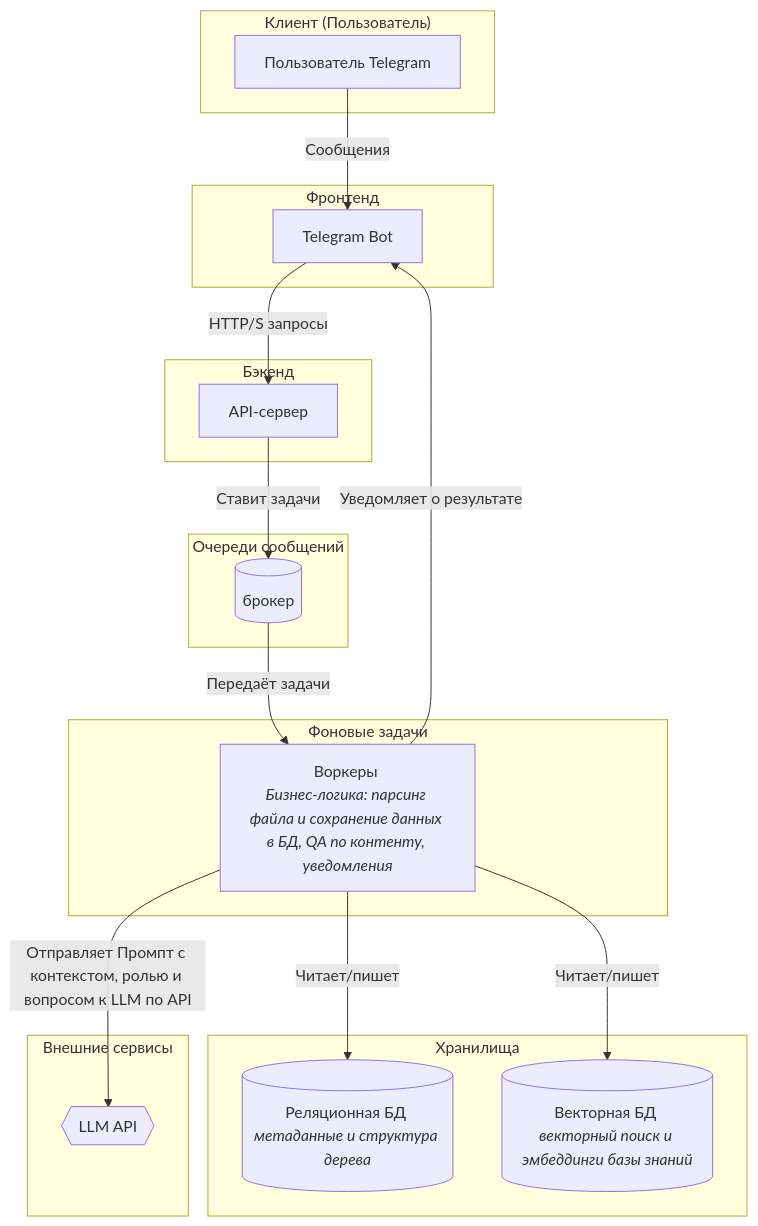
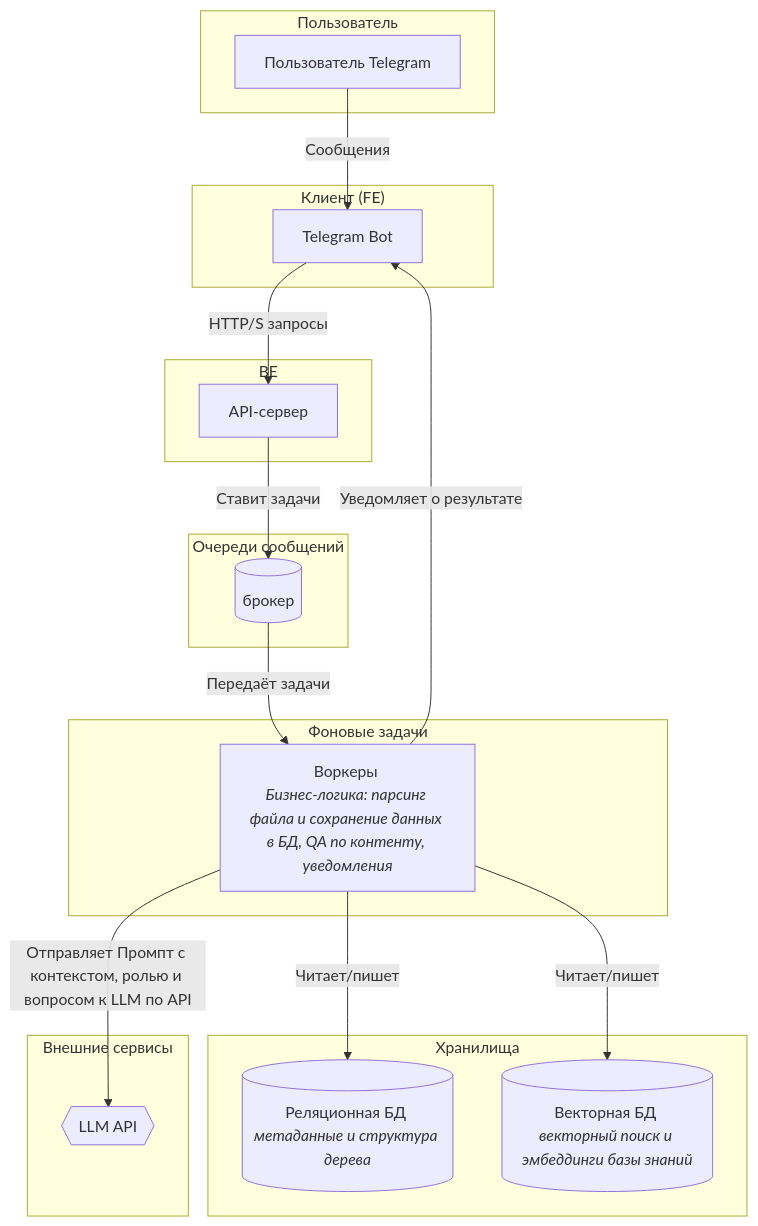
One commit to patolog123/Analyst-3.0 changed the diagram in Анастасия_Друзьянова/architect.MD. Above: the diagram before and after it, drawn with Mermaid.

````diff
--- a/Анастасия_Друзьянова/architect.MD
+++ b/Анастасия_Друзьянова/architect.MD
@@ -1,41 +1,41 @@
 ```mermaid
 graph TD
-    subgraph "Клиент (Пользователь)"
+    subgraph "Пользователь"
         A[Пользователь Telegram]
     end
 
-    subgraph "Фронтенд"
+    subgraph "Клиент (FE)"
         B[Telegram Bot]
     end
 
-    subgraph "Бэкенд"
+    subgraph "BE"
         C[API-сервер]
     end
 
     subgraph "Очереди сообщений"
         J[(брокер)]
     end
 
     subgraph "Фоновые задачи"
         F[Воркеры <br><i>Бизнес-логика: парсинг файла и сохранение данных в БД, QA по контенту, уведомления</i>]
     end
 
     subgraph "Хранилища"
         G[(Реляционная БД <br><i>метаданные и структура дерева</i>)]
         I[(Векторная БД <br><i>векторный поиск и эмбеддинги базы знаний</i>)]
     end
 
     subgraph "Внешние сервисы"
         H{{LLM API}}
     end
 
     %% Связи между компонентами
     A -- Сообщения --> B
     B -- HTTP/S запросы --> C
     C -- Ставит задачи --> J
     J -- Передаёт задачи --> F
     F -- Отправляет Промпт с контекстом, ролью и вопросом к LLM по API --> H
     F -- Читает/пишет --> G
     F -- Читает/пишет --> I
     F -- Уведомляет о результате --> B
 ```
````
